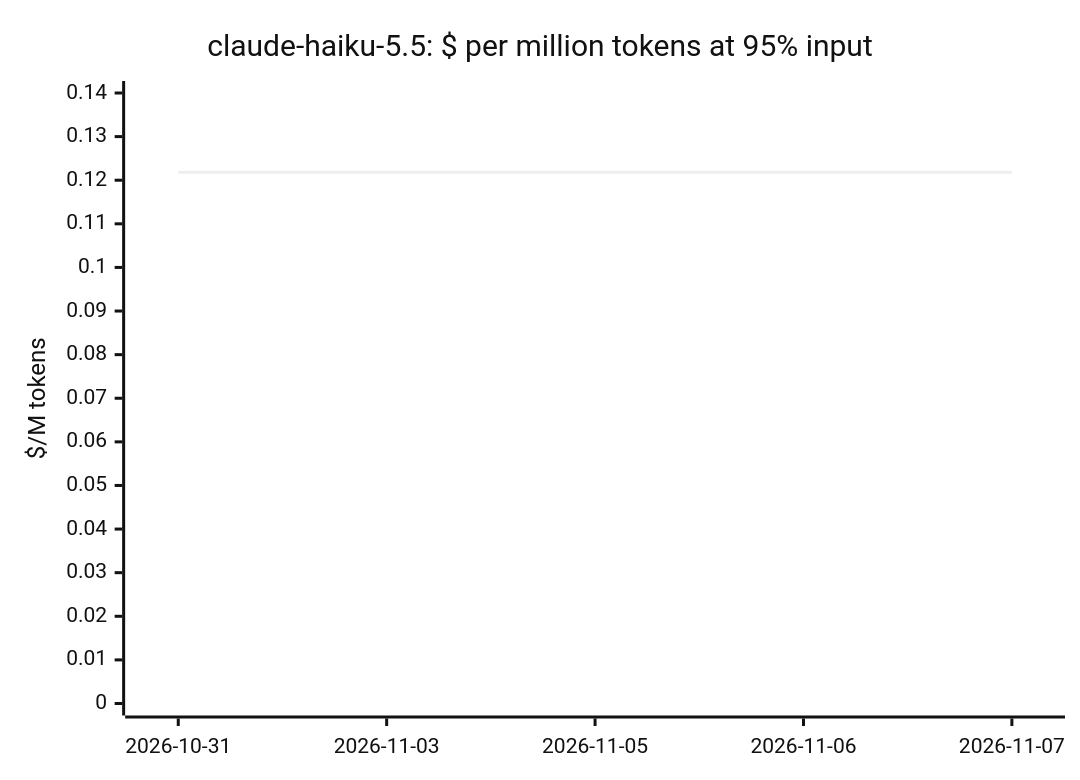
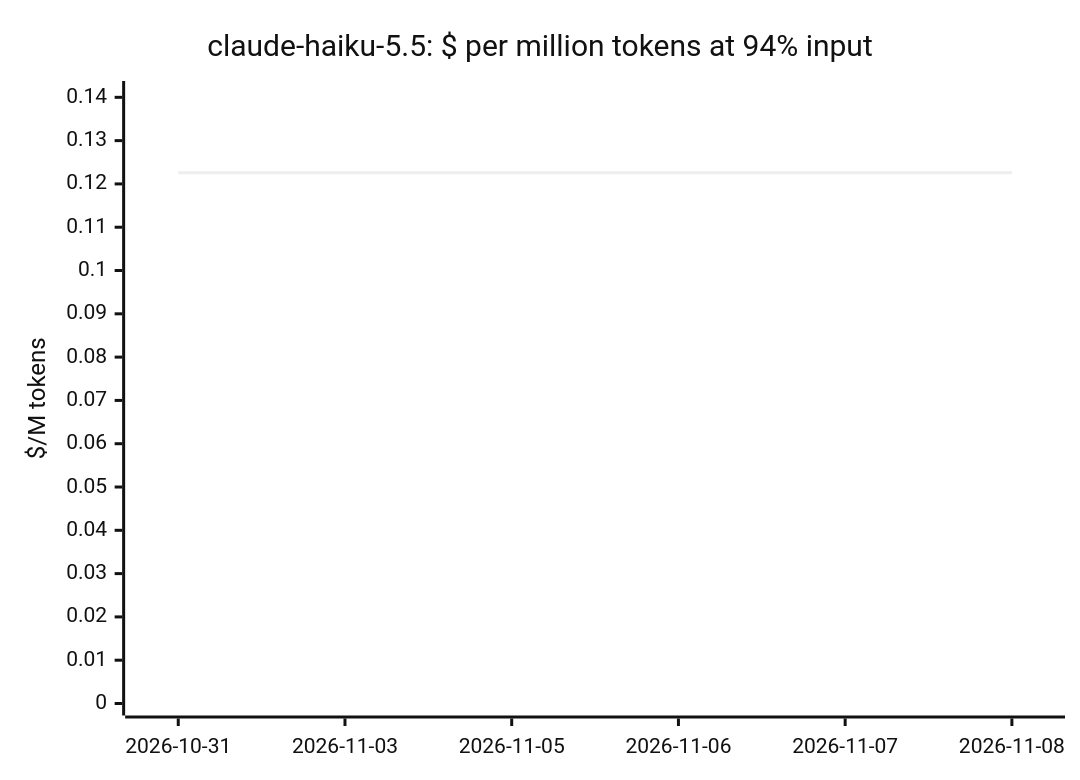
Before and after one commit to cklukas/OMEGA_TRANSFORM: the fifth of 20 diagrams in docs/openrouter-models.md, drawn with Mermaid (neutral theme). The commit also changed other lines of this file and 47 other files, not shown here.

````diff
--- a/docs/openrouter-models.md
+++ b/docs/openrouter-models.md
@@ -175,7 +176,7 @@
 ```mermaid
 xychart-beta
-    title "claude-haiku-5.5: $ per million tokens at 95% input"
-    x-axis ["2026-10-31", "2026-11-03", "2026-11-05", "2026-11-06", "2026-11-07"]
-    y-axis "$/M tokens" 0 --> 0.14
-    line [0.1218, 0.1218, 0.1218, 0.1218, 0.1218]
+    title "claude-haiku-5.5: $ per million tokens at 94% input"
+    x-axis ["2026-10-31", "2026-11-03", "2026-11-05", "2026-11-06", "2026-11-07", "2026-11-08"]
+    y-axis "$/M tokens" 0 --> 0.141
+    line [0.1226, 0.1226, 0.1226, 0.1226, 0.1226, 0.1226]
 ```
````
